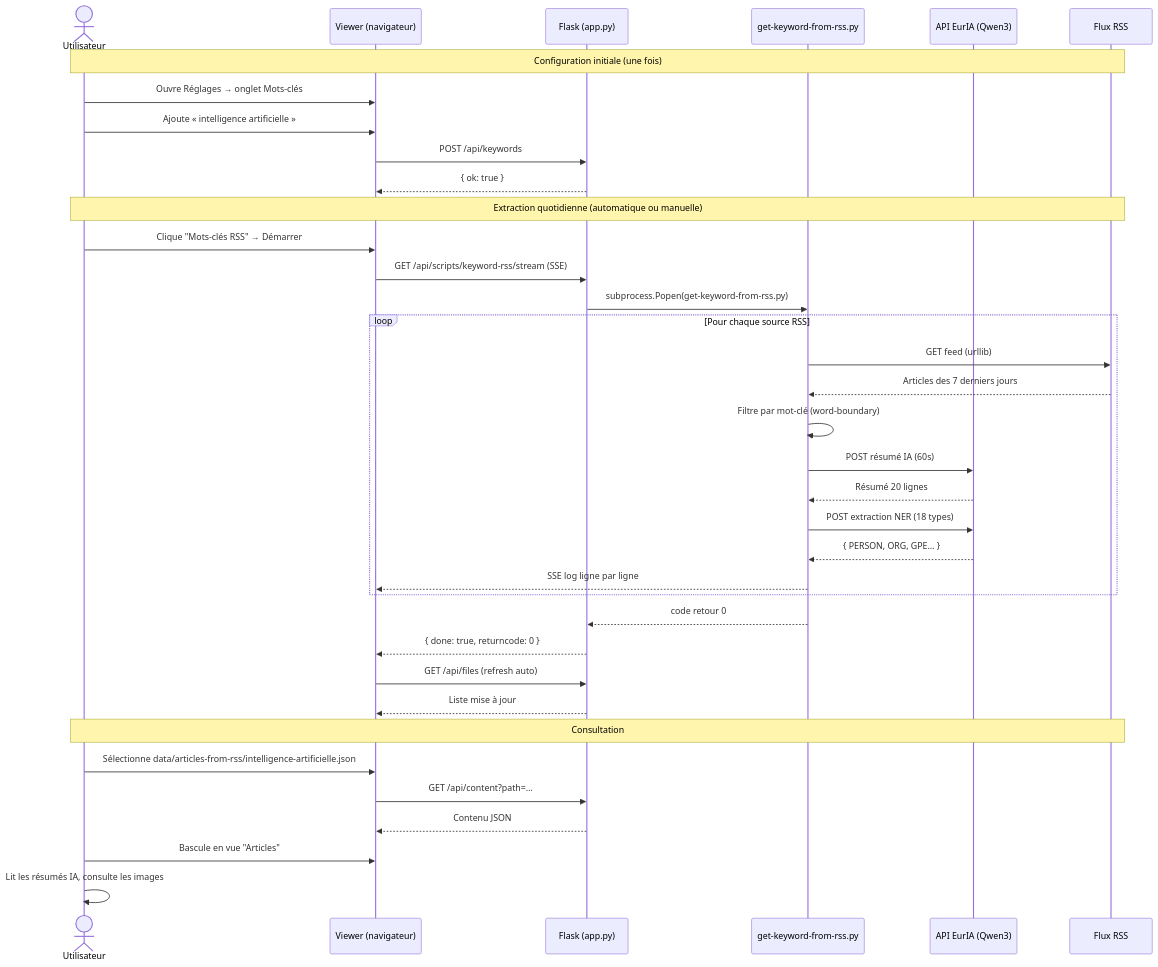
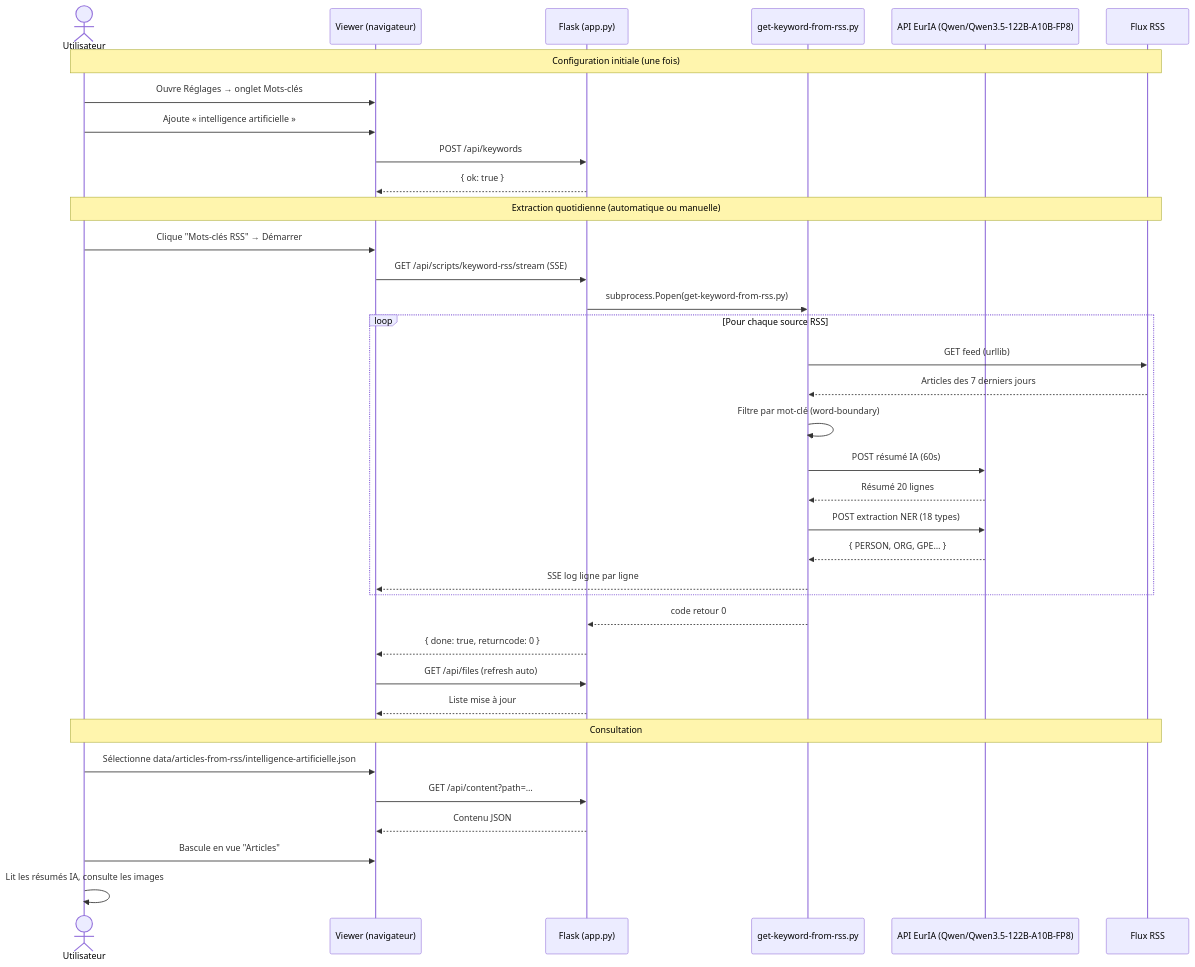
One commit to pat-the-geek/WUDD.ai changed the first of 19 diagrams in docs/USE_CASES.md. Above: the diagram before and after it, drawn with Mermaid. The commit also changed other lines of this file and 27 other files, not shown here.

Commit message:
Switch EurIA to Qwen3.5-122B and harden reasoning fallback

````diff
--- a/docs/USE_CASES.md
+++ b/docs/USE_CASES.md
@@ -37,41 +37,41 @@
 ```mermaid
 sequenceDiagram
     actor U as Utilisateur
     participant V as Viewer (navigateur)
     participant F as Flask (app.py)
     participant S as get-keyword-from-rss.py
-    participant E as API EurIA (Qwen3)
+    participant E as API EurIA (Qwen/Qwen3.5-122B-A10B-FP8)
     participant R as Flux RSS
 
     Note over U,R: Configuration initiale (une fois)
     U->>V: Ouvre Réglages → onglet Mots-clés
     U->>V: Ajoute « intelligence artificielle »
     V->>F: POST /api/keywords
     F-->>V: { ok: true }
 
     Note over U,R: Extraction quotidienne (automatique ou manuelle)
     U->>V: Clique "Mots-clés RSS" → Démarrer
     V->>F: GET /api/scripts/keyword-rss/stream (SSE)
     F->>S: subprocess.Popen(get-keyword-from-rss.py)
     loop Pour chaque source RSS
         S->>R: GET feed (urllib)
         R-->>S: Articles des 7 derniers jours
         S->>S: Filtre par mot-clé (word-boundary)
         S->>E: POST résumé IA (60s)
         E-->>S: Résumé 20 lignes
         S->>E: POST extraction NER (18 types)
         E-->>S: { PERSON, ORG, GPE… }
         S-->>V: SSE log ligne par ligne
     end
     S-->>F: code retour 0
     F-->>V: { done: true, returncode: 0 }
     V->>F: GET /api/files (refresh auto)
     F-->>V: Liste mise à jour
 
     Note over U,R: Consultation
     U->>V: Sélectionne data/articles-from-rss/intelligence-artificielle.json
     V->>F: GET /api/content?path=…
     F-->>V: Contenu JSON
     U->>V: Bascule en vue "Articles"
     U->>U: Lit les résumés IA, consulte les images
 ```
````
